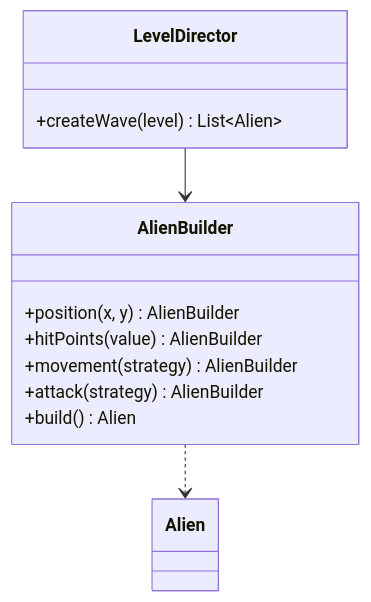
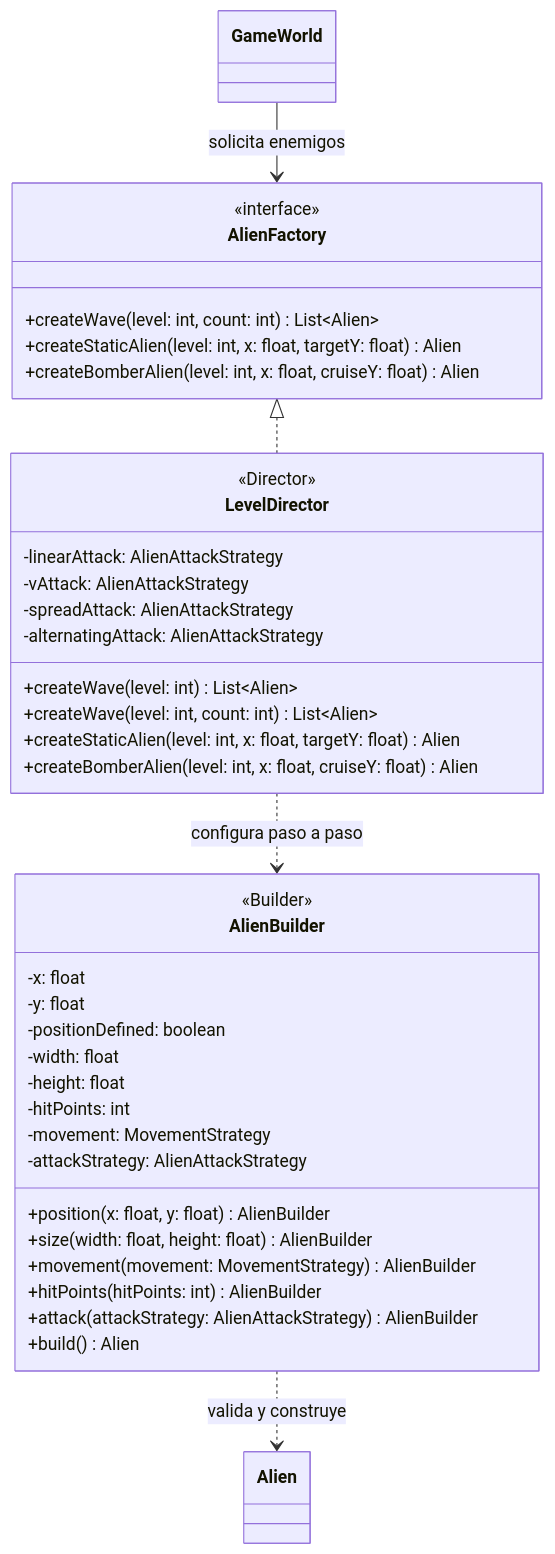
The fourth of 4 diagrams in REPORTE_PROYECTO.md (L3v1smpr/GameProject), drawn with Mermaid before and after one commit. The commit also changed other lines of this file and 93 other files, not shown here.

Commit message:
Actualizo Alien con cambio de Strategy en tiempo de ejecucion

````diff
--- a/REPORTE_PROYECTO.md
+++ b/REPORTE_PROYECTO.md
@@ -277,16 +334,44 @@
 ```mermaid
 classDiagram
+    class AlienFactory {
+        <<interface>>
+        +createWave(level: int, count: int) List~Alien~
+        +createStaticAlien(level: int, x: float, targetY: float) Alien
+        +createBomberAlien(level: int, x: float, cruiseY: float) Alien
+    }
     class LevelDirector {
-        +createWave(level) List~Alien~
+        <<Director>>
+        -linearAttack: AlienAttackStrategy
+        -vAttack: AlienAttackStrategy
+        -spreadAttack: AlienAttackStrategy
+        -alternatingAttack: AlienAttackStrategy
+        +createWave(level: int) List~Alien~
+        +createWave(level: int, count: int) List~Alien~
+        +createStaticAlien(level: int, x: float, targetY: float) Alien
+        +createBomberAlien(level: int, x: float, cruiseY: float) Alien
     }
     class AlienBuilder {
-        +position(x, y) AlienBuilder
-        +hitPoints(value) AlienBuilder
-        +movement(strategy) AlienBuilder
-        +attack(strategy) AlienBuilder
+        <<Builder>>
+        -x: float
+        -y: float
+        -positionDefined: boolean
+        -width: float
+        -height: float
+        -hitPoints: int
+        -movement: MovementStrategy
+        -attackStrategy: AlienAttackStrategy
+        +position(x: float, y: float) AlienBuilder
+        +size(width: float, height: float) AlienBuilder
+        +movement(movement: MovementStrategy) AlienBuilder
+        +hitPoints(hitPoints: int) AlienBuilder
+        +attack(attackStrategy: AlienAttackStrategy) AlienBuilder
         +build() Alien
     }
     class Alien
-    LevelDirector --> AlienBuilder
-    AlienBuilder ..> Alien
+    class GameWorld
+
+    AlienFactory <|.. LevelDirector
+    GameWorld --> AlienFactory : solicita enemigos
+    LevelDirector ..> AlienBuilder : configura paso a paso
+    AlienBuilder ..> Alien : valida y construye
 ```
````
